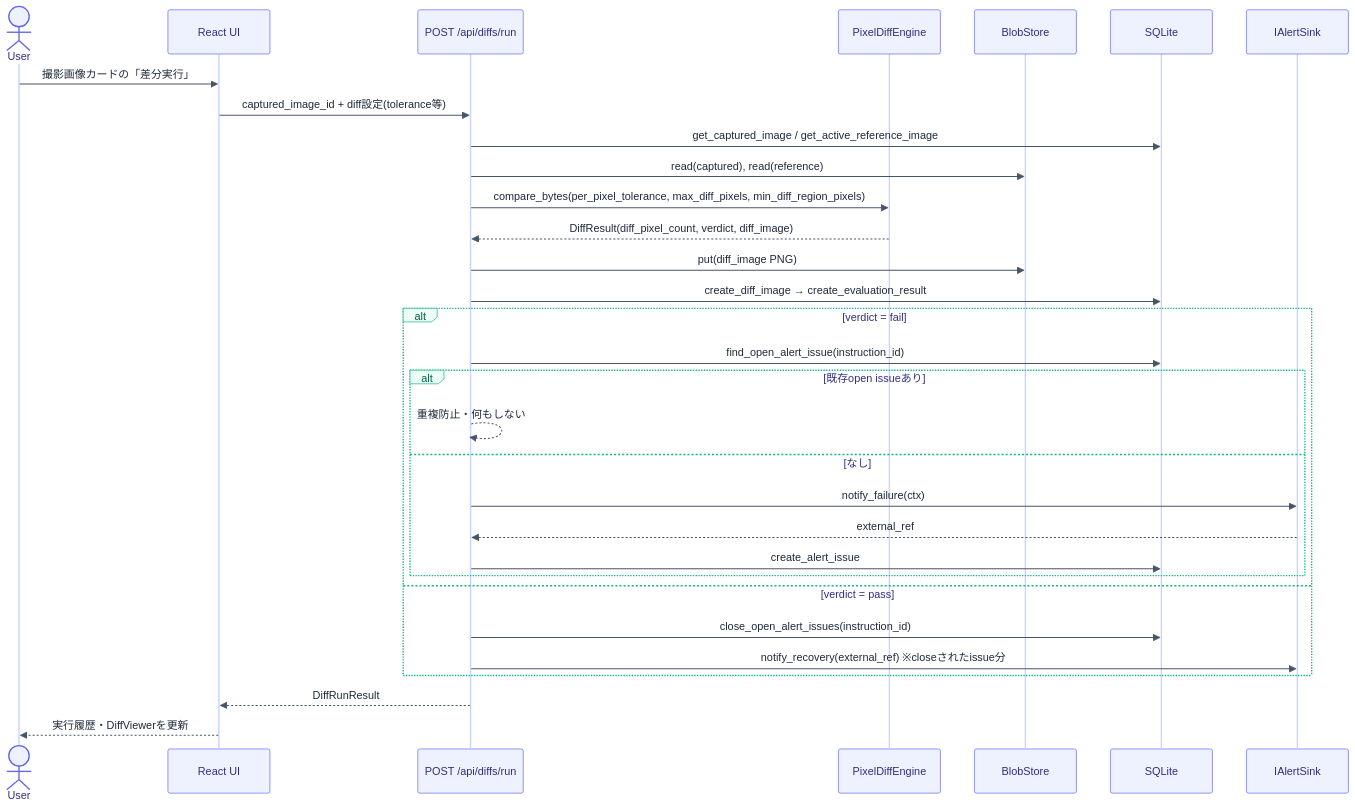
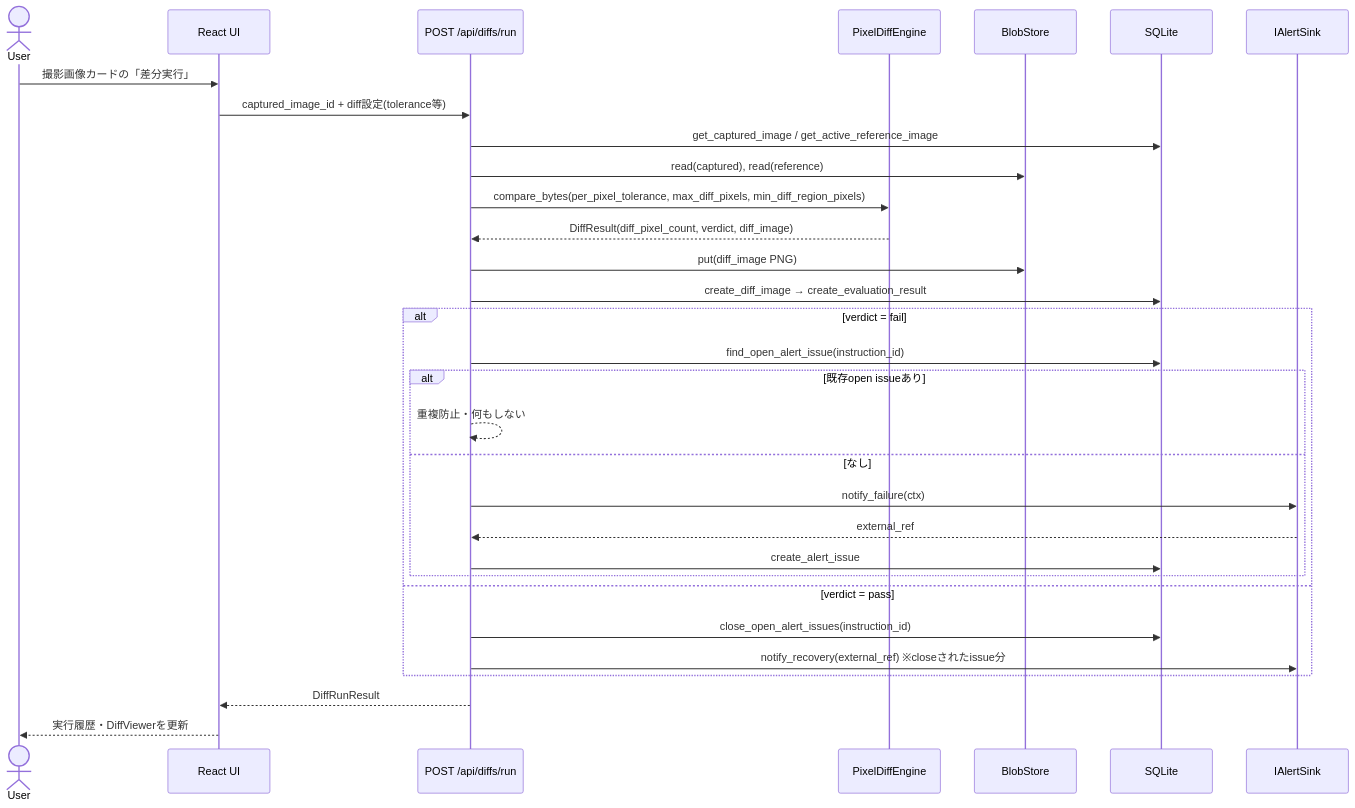
Before and after one commit to manato1201/VisualRegressionQATool: the third of 7 diagrams in docs/ARCHITECTURE.md, drawn with Mermaid. The commit also changed other lines of this file and 2 other files, not shown here.

First line of the commit message:
Rebuild system diagram as hand-routed SVG, document setup/verification steps

````diff
--- a/docs/ARCHITECTURE.md
+++ b/docs/ARCHITECTURE.md
@@ -145,42 +128,34 @@
 ```mermaid
-%%{init: {'theme': 'base', 'themeVariables': {
-    'actorBkg': '#eef2ff', 'actorBorder': '#6366f1', 'actorTextColor': '#312e81', 'actorLineColor': '#c7d2fe',
-    'signalColor': '#475569', 'signalTextColor': '#1e293b',
-    'labelBoxBkgColor': '#ecfdf5', 'labelBoxBorderColor': '#10b981', 'labelTextColor': '#065f46',
-    'noteBkgColor': '#fffbeb', 'noteBorderColor': '#f59e0b', 'noteTextColor': '#78350f',
-    'activationBkgColor': '#f0f9ff', 'activationBorderColor': '#0284c7',
-    'fontFamily': 'Inter, sans-serif'
-}}}%%
 sequenceDiagram
     actor User
     participant UI as React UI
     participant API as POST /api/diffs/run
     participant Engine as PixelDiffEngine
     participant Blob as BlobStore
     participant DB as SQLite
     participant Sink as IAlertSink
 
     User->>UI: 撮影画像カードの「差分実行」
     UI->>API: captured_image_id + diff設定(tolerance等)
     API->>DB: get_captured_image / get_active_reference_image
     API->>Blob: read(captured), read(reference)
     API->>Engine: compare_bytes(per_pixel_tolerance, max_diff_pixels, min_diff_region_pixels)
     Engine-->>API: DiffResult(diff_pixel_count, verdict, diff_image)
     API->>Blob: put(diff_image PNG)
     API->>DB: create_diff_image → create_evaluation_result
     alt verdict = fail
         API->>DB: find_open_alert_issue(instruction_id)
         alt 既存open issueあり
             API-->>API: 重複防止・何もしない
         else なし
             API->>Sink: notify_failure(ctx)
             Sink-->>API: external_ref
             API->>DB: create_alert_issue
         end
     else verdict = pass
         API->>DB: close_open_alert_issues(instruction_id)
         API->>Sink: notify_recovery(external_ref) ※closeされたissue分
     end
     API-->>UI: DiffRunResult
     UI-->>User: 実行履歴・DiffViewerを更新
 ```
````
